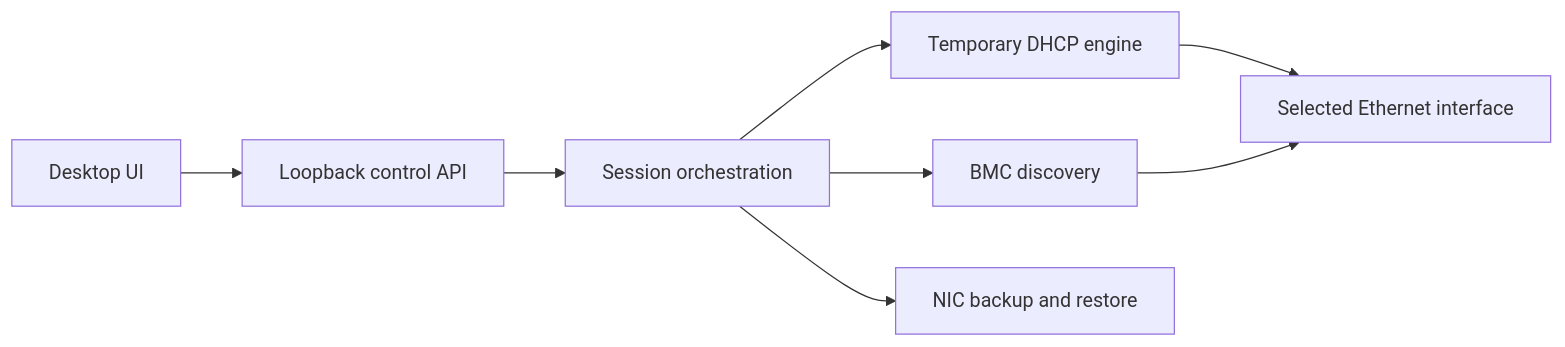
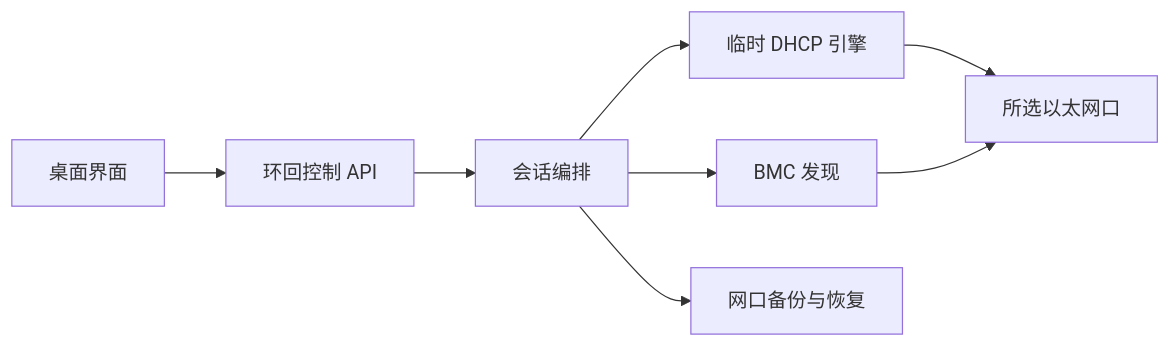
One commit to wiswawa/bmc-dhcp changed the diagram in README.md. Above: the diagram before and after it, drawn with Mermaid. The commit also changed other lines of this file and 5 other files, not shown here.

````diff
--- a/README.md
+++ b/README.md
@@ -92,10 +92,10 @@
 ```mermaid
 flowchart LR
-    UI[Desktop UI] --> API[Loopback control API]
-    API --> Session[Session orchestration]
-    Session --> DHCP[Temporary DHCP engine]
-    Session --> Discovery[BMC discovery]
-    Session --> Recovery[NIC backup and restore]
-    DHCP --> NIC[Selected Ethernet interface]
+    UI[桌面界面] --> API[环回控制 API]
+    API --> Session[会话编排]
+    Session --> DHCP[临时 DHCP 引擎]
+    Session --> Discovery[BMC 发现]
+    Session --> Recovery[网口备份与恢复]
+    DHCP --> NIC[所选以太网口]
     Discovery --> NIC
 ```
````
